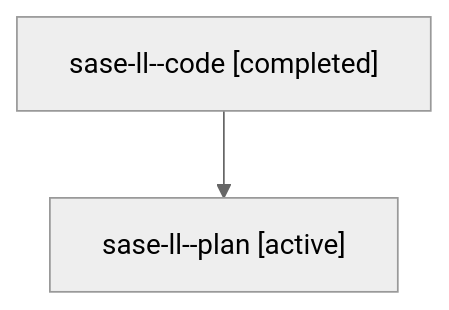
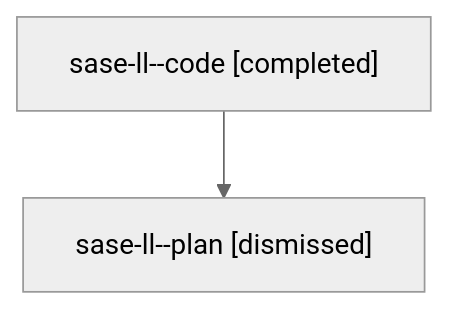
One commit to sase-org/sase--agents changed the diagram in sessions/bbugyi200.athena.sase-ll.md. Above: the diagram before and after it, drawn with Mermaid (neutral theme). The commit also changed other lines of this file and 187 other files, not shown here.

````diff
--- a/sessions/bbugyi200.athena.sase-ll.md
+++ b/sessions/bbugyi200.athena.sase-ll.md
@@ -9,6 +9,6 @@
 ```mermaid
 flowchart TD
   n0["sase-ll--code [completed]"]
-  n1["sase-ll--plan [active]"]
+  n1["sase-ll--plan [dismissed]"]
   n0 --> n1
 ```
````
